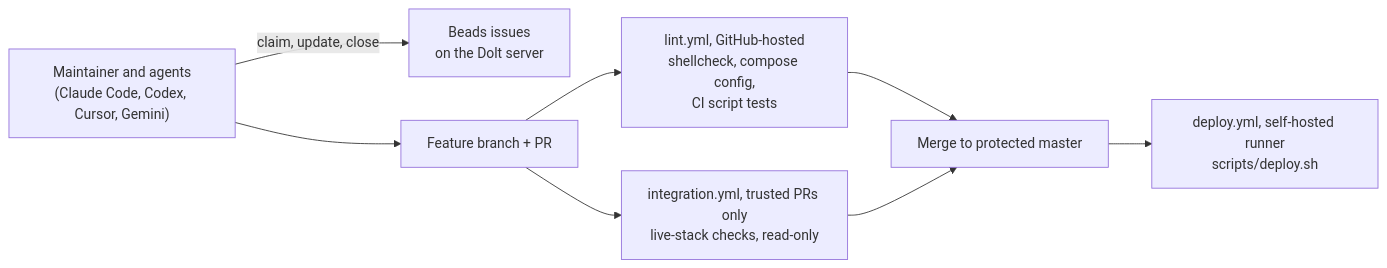
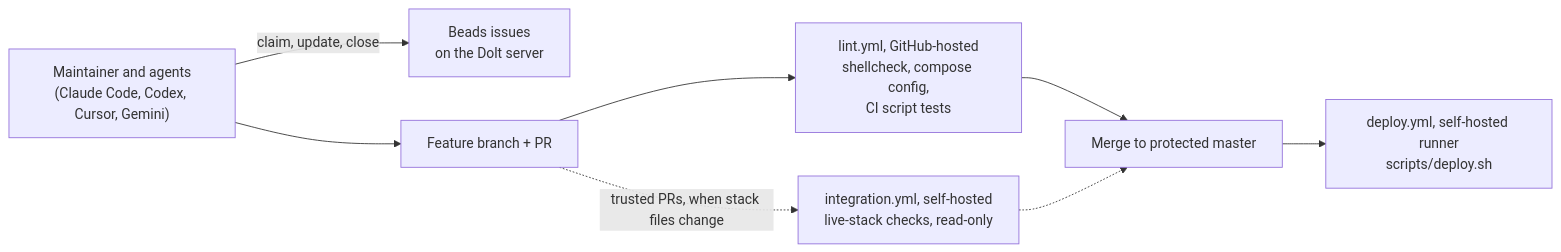
One commit to neybar/docker-services changed the third of 3 diagrams in README.md. Above: the diagram before and after it, drawn with Mermaid. The commit also changed other lines of this file, not shown here.

````diff
--- a/README.md
+++ b/README.md
@@ -105,18 +106,18 @@
 ```mermaid
 flowchart LR
     who["Maintainer and agents<br/>(Claude Code, Codex, Cursor, Gemini)"]
     beads["Beads issues<br/>on the Dolt server"]
     pr["Feature branch + PR"]
     lint["lint.yml, GitHub-hosted<br/>shellcheck, compose config,<br/>CI script tests"]
-    integ["integration.yml, trusted PRs only<br/>live-stack checks, read-only"]
+    integ["integration.yml, self-hosted<br/>live-stack checks, read-only"]
     master["Merge to protected master"]
     deploy["deploy.yml, self-hosted runner<br/>scripts/deploy.sh"]
 
     who -- "claim, update, close" --> beads
     who --> pr
     pr --> lint
-    pr --> integ
+    pr -. "trusted PRs, when stack files change" .-> integ
     lint --> master
-    integ --> master
+    integ -.-> master
     master --> deploy
 ```
````
